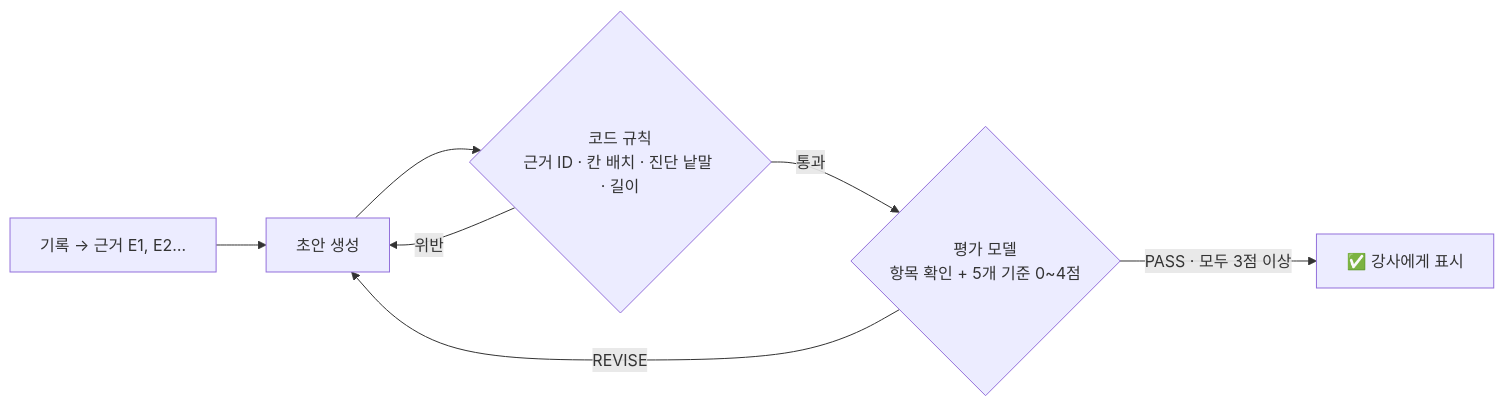
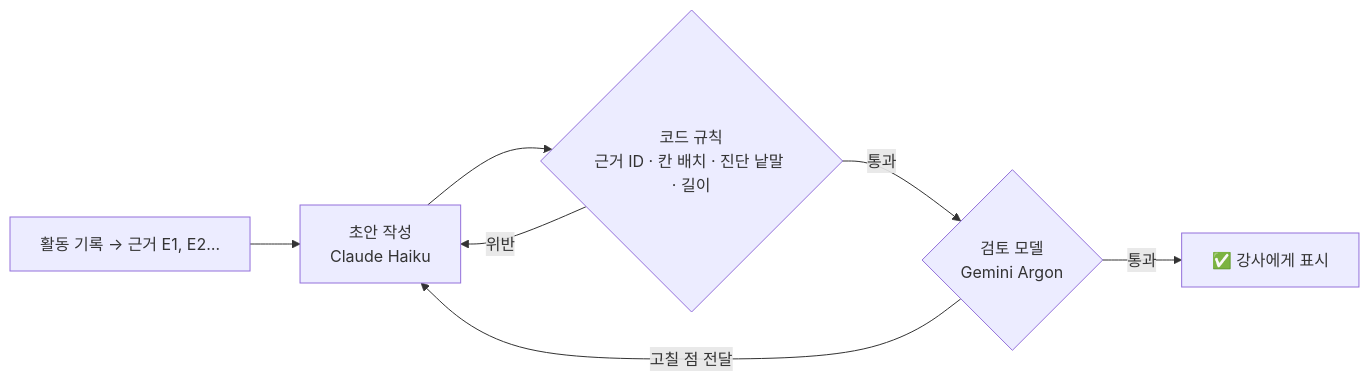
Before and after one commit to kakaotechcampus-4/ktc4-chonnam-4: the second of 3 diagrams in README.md, drawn with Mermaid. The commit also changed other lines of this file, not shown here.

````diff
--- a/README.md
+++ b/README.md
@@ -177,9 +196,9 @@
 ```mermaid
 flowchart LR
-  E["기록 → 근거 E1, E2…"] --> D["초안 생성"]
+  E["활동 기록 → 근거 E1, E2…"] --> D["초안 작성<br/>Claude Haiku"]
   D --> R{"코드 규칙<br/>근거 ID · 칸 배치 · 진단 낱말 · 길이"}
   R -- "위반" --> D
-  R -- "통과" --> V{"평가 모델<br/>항목 확인 + 5개 기준 0~4점"}
-  V -- "REVISE" --> D
-  V -- "PASS · 모두 3점 이상" --> OK["✅ 강사에게 표시"]
+  R -- "통과" --> V{"검토 모델<br/>Gemini Argon"}
+  V -- "고칠 점 전달" --> D
+  V -- "통과" --> OK["✅ 강사에게 표시"]
 ```
````
